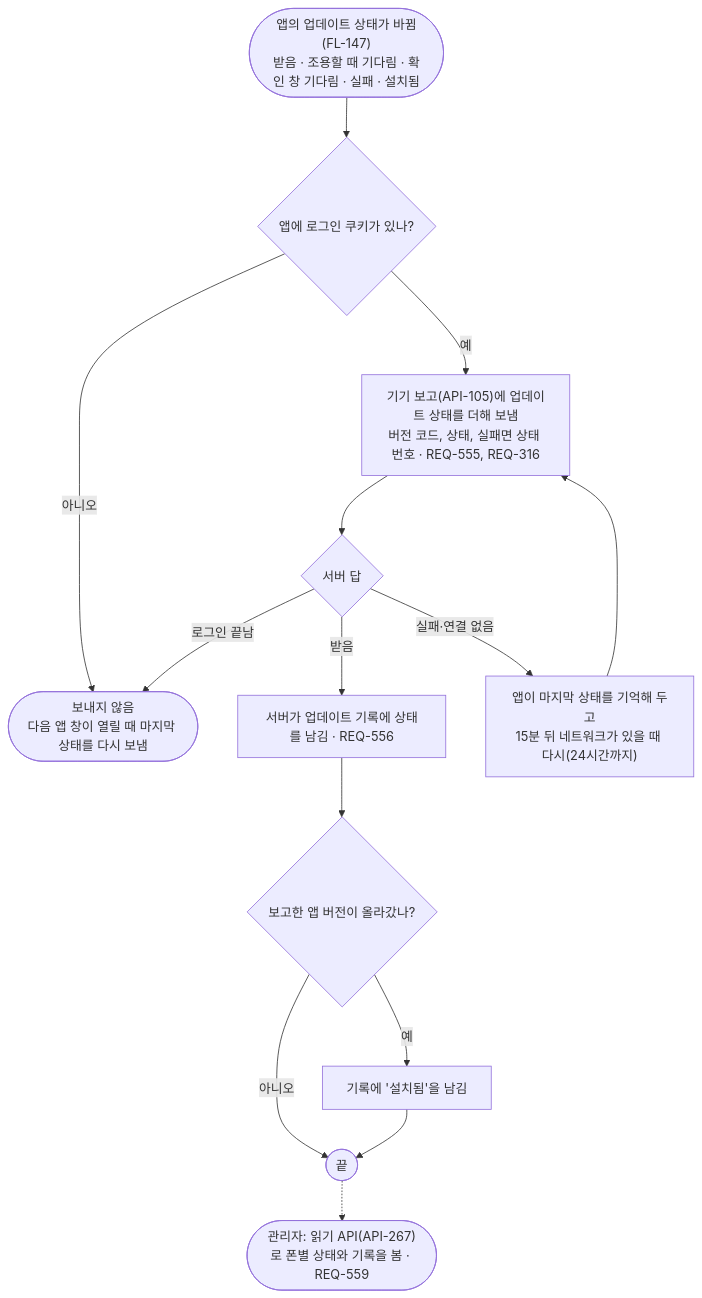
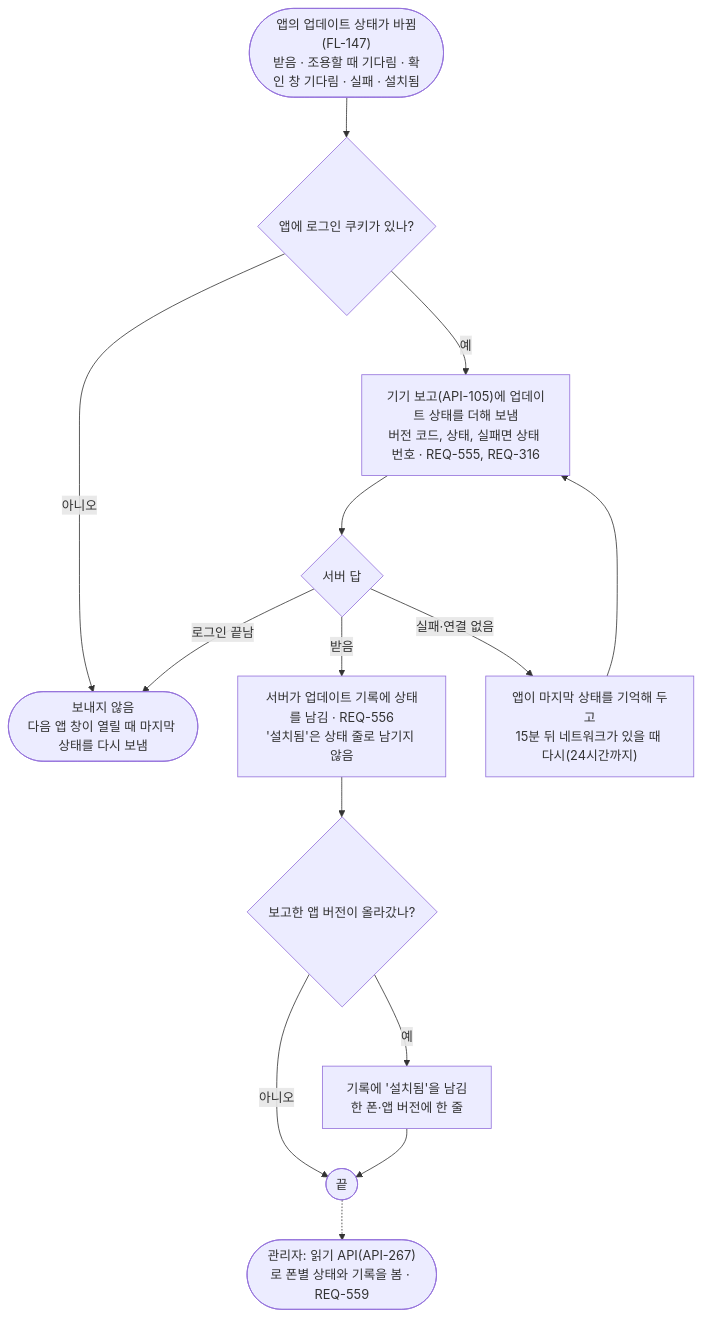
Before and after one commit to kodonghui/marong2: the diagram in docs/03-user-flow/FL-194-app-update-report.md, drawn with Mermaid. The commit also changed other lines of this file and 9 other files, not shown here.

````diff
--- a/docs/03-user-flow/FL-194-app-update-report.md
+++ b/docs/03-user-flow/FL-194-app-update-report.md
@@ -9,16 +9,16 @@
 ```mermaid
 flowchart TD
   A(["앱의 업데이트 상태가 바뀜(FL-147)<br/>받음 · 조용할 때 기다림 · 확인 창 기다림 · 실패 · 설치됨"]) --> B{"앱에 로그인 쿠키가 있나?"}
   B -->|아니오| Z(["보내지 않음<br/>다음 앱 창이 열릴 때 마지막 상태를 다시 보냄"])
   B -->|예| C["기기 보고(API-105)에 업데이트 상태를 더해 보냄<br/>버전 코드, 상태, 실패면 상태 번호 · REQ-555, REQ-316"]
   C --> D{"서버 답"}
-  D -->|"받음"| E["서버가 업데이트 기록에 상태를 남김 · REQ-556"]
+  D -->|"받음"| E["서버가 업데이트 기록에 상태를 남김 · REQ-556<br/>'설치됨'은 상태 줄로 남기지 않음"]
   D -->|"실패·연결 없음"| F["앱이 마지막 상태를 기억해 두고<br/>15분 뒤 네트워크가 있을 때 다시(24시간까지)"]
   F --> C
   D -->|"로그인 끝남"| Z
   E --> G{"보고한 앱 버전이 올라갔나?"}
-  G -->|예| H["기록에 '설치됨'을 남김"]
+  G -->|예| H["기록에 '설치됨'을 남김<br/>한 폰·앱 버전에 한 줄"]
   G -->|아니오| I(["끝"])
   H --> I
   I -.-> J(["관리자: 읽기 API(API-267)로 폰별 상태와 기록을 봄 · REQ-559"])
 ```
````
